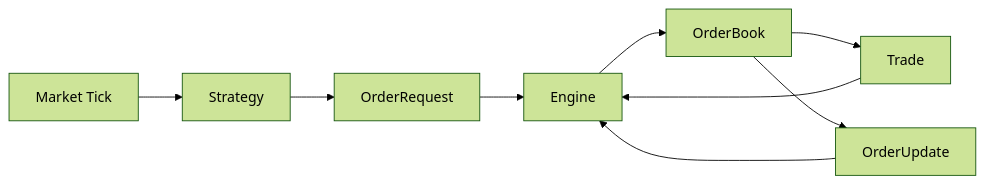
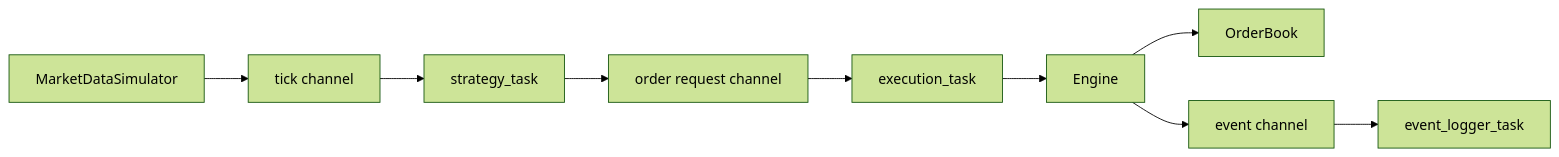
One commit to g18278790880-byte/renaissance-backtest-engine changed the diagram in README.md. Above: the diagram before and after it, drawn with Mermaid (forest theme). The commit also changed other lines of this file, not shown here.

````diff
--- a/README.md
+++ b/README.md
@@ -65,11 +70,11 @@
 ```mermaid
 flowchart LR
-    Tick[Market Tick] --> Strategy[Strategy]
-    Strategy --> Request[OrderRequest]
-    Request --> Engine[Engine]
+    Simulator[MarketDataSimulator] --> TickChannel[tick channel]
+    TickChannel --> StrategyTask[strategy_task]
+    StrategyTask --> OrderChannel[order request channel]
+    OrderChannel --> ExecutionTask[execution_task]
+    ExecutionTask --> Engine[Engine]
     Engine --> Book[OrderBook]
-    Book --> Trade[Trade]
-    Book --> Update[OrderUpdate]
-    Trade --> Engine
-    Update --> Engine
+    Engine --> EventChannel[event channel]
+    EventChannel --> Logger[event_logger_task]
 ```
````
